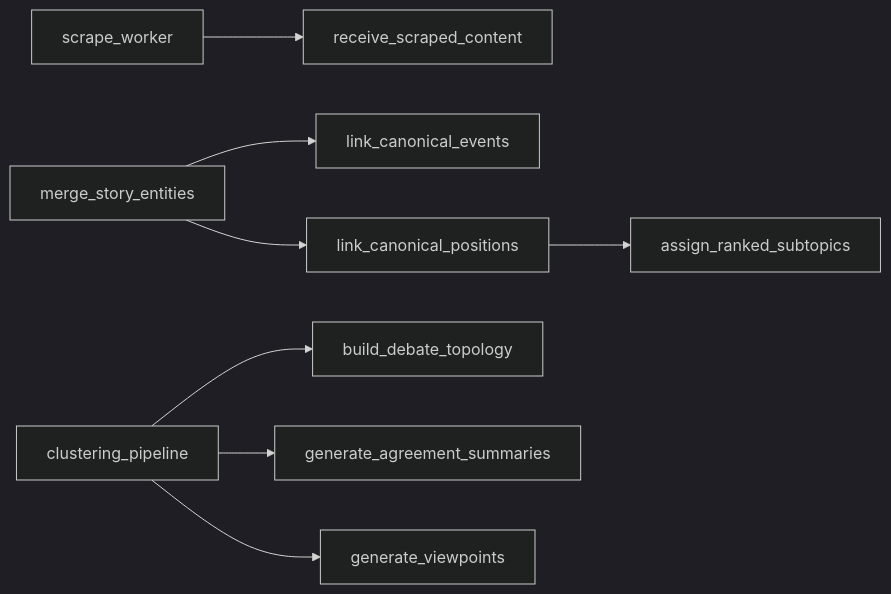
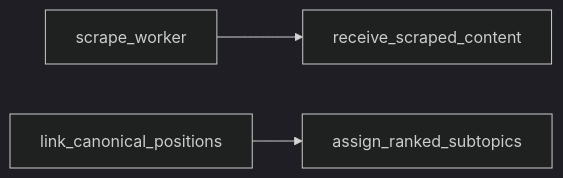
Before and after one commit to grpallen18/doxa: the diagram in doxa-agents/docs/generated/pipeline-graph.md, drawn with Mermaid (dark theme). The commit also changed 248 other files, not shown here.

````diff
--- a/doxa-agents/docs/generated/pipeline-graph.md
+++ b/doxa-agents/docs/generated/pipeline-graph.md
@@ -5,10 +5,5 @@
 ```mermaid
 flowchart LR
   scrape_worker --> receive_scraped_content
-  merge_story_entities --> link_canonical_events
-  merge_story_entities --> link_canonical_positions
   link_canonical_positions --> assign_ranked_subtopics
-  clustering_pipeline --> build_debate_topology
-  clustering_pipeline --> generate_agreement_summaries
-  clustering_pipeline --> generate_viewpoints
 ```
````
